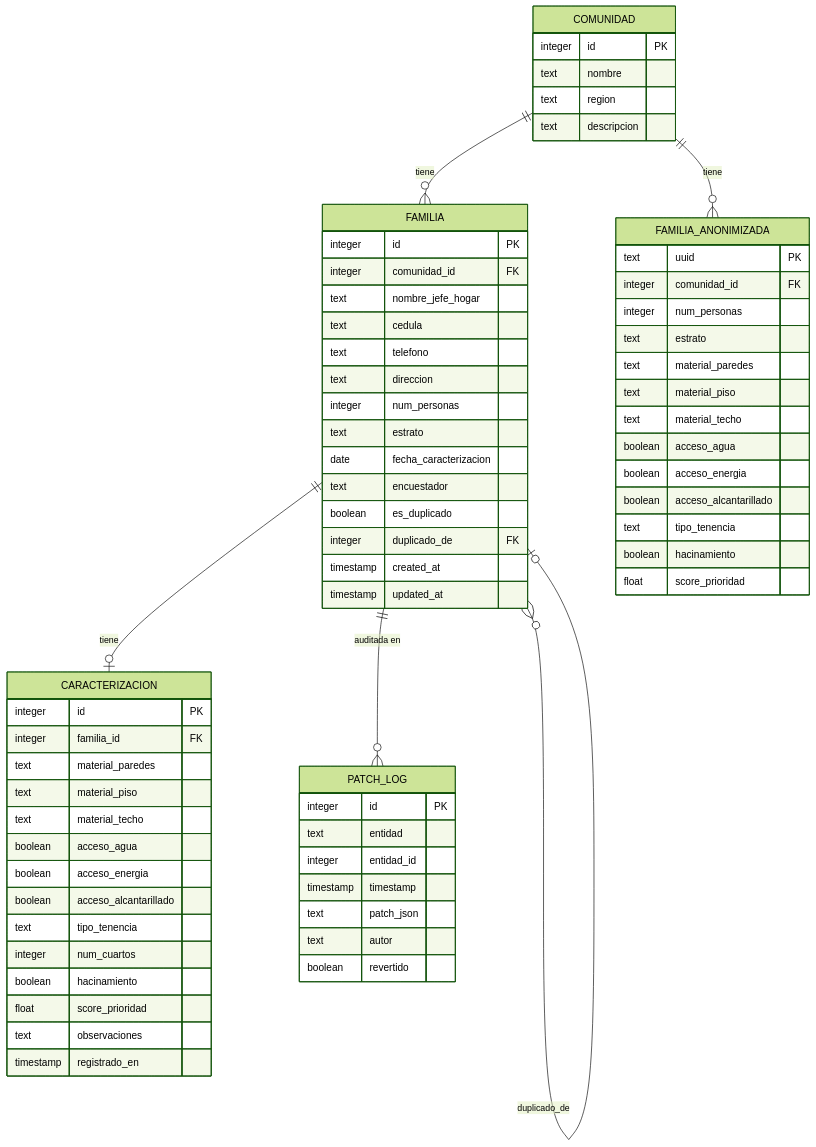
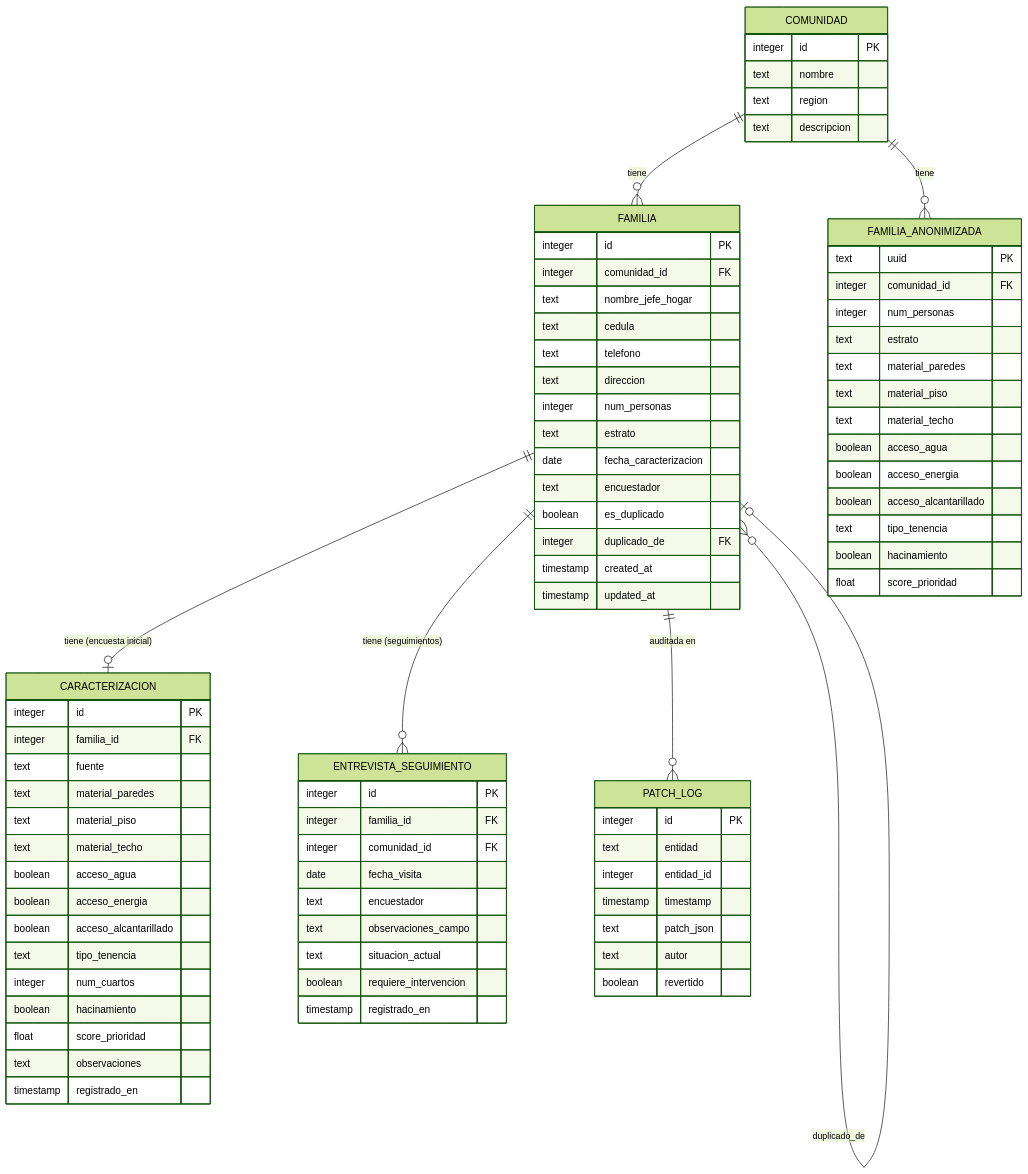
One commit to aldrinleal/techo-cleanup changed the fourth of 9 diagrams in specs/OVERVIEW.md. Above: the diagram before and after it, drawn with Mermaid (forest theme). The commit also changed other lines of this file and 1 other file, not shown here.

First line of the commit message:
docs: correct data flow model based on team discussion and clarification

```diff
--- a/specs/OVERVIEW.md
+++ b/specs/OVERVIEW.md
@@ -141,6 +155,7 @@
     CARACTERIZACION {
         integer id PK
         integer familia_id FK
+        text fuente
         text material_paredes
         text material_piso
         text material_techo
@@ -152,6 +167,18 @@
         boolean hacinamiento
         float score_prioridad
         text observaciones
+        timestamp registrado_en
+    }
+
+    ENTREVISTA_SEGUIMIENTO {
+        integer id PK
+        integer familia_id FK
+        integer comunidad_id FK
+        date fecha_visita
+        text encuestador
+        text observaciones_campo
+        text situacion_actual
+        boolean requiere_intervencion
         timestamp registrado_en
     }
 
@@ -182,7 +209,8 @@
     }
 
     COMUNIDAD ||--o{ FAMILIA : "tiene"
-    FAMILIA ||--o| CARACTERIZACION : "tiene"
+    FAMILIA ||--o| CARACTERIZACION : "tiene (encuesta inicial)"
+    FAMILIA ||--o{ ENTREVISTA_SEGUIMIENTO : "tiene (seguimientos)"
     FAMILIA ||--o{ PATCH_LOG : "auditada en"
     FAMILIA }o--o| FAMILIA : "duplicado_de"
     COMUNIDAD ||--o{ FAMILIA_ANONIMIZADA : "tiene"
```
